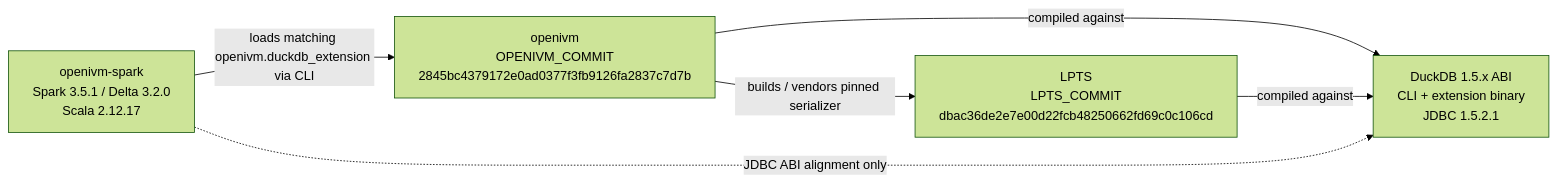
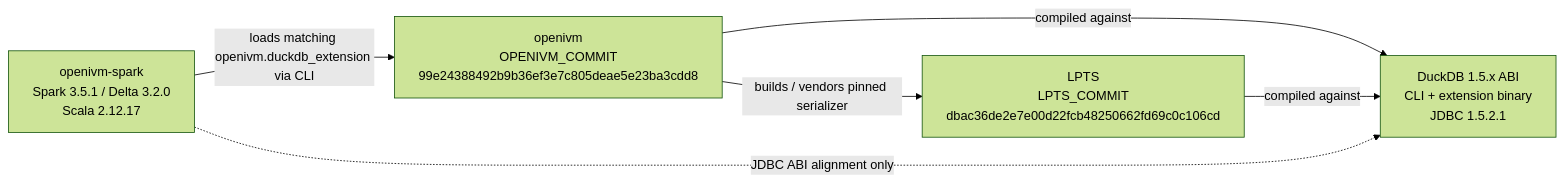
The fourth of 4 diagrams in docs/architecture/lpts/8-integration-with-openivm-and-spark.md (mdrakiburrahman/openivm-spark), drawn with Mermaid (forest theme) before and after one commit. The commit also changed other lines of this file and 2 other files, not shown here.

````diff
--- a/docs/architecture/lpts/8-integration-with-openivm-and-spark.md
+++ b/docs/architecture/lpts/8-integration-with-openivm-and-spark.md
@@ -525,13 +525,13 @@
 ```mermaid
 flowchart LR
   OSS["openivm-spark\nSpark 3.5.1 / Delta 3.2.0\nScala 2.12.17"]
-  OIVM["openivm\nOPENIVM_COMMIT\n2845bc4379172e0ad0377f3fb9126fa2837c7d7b"]
+  OIVM["openivm\nOPENIVM_COMMIT\n99e24388492b9b36ef3e7c805deae5e23ba3cdd8"]
   LPTS["LPTS\nLPTS_COMMIT\ndbac36de2e7e00d22fcb48250662fd69c0c106cd"]
   Duck["DuckDB 1.5.x ABI\nCLI + extension binary\nJDBC 1.5.2.1"]
 
   OSS -->|"loads matching openivm.duckdb_extension via CLI"| OIVM
   OIVM -->|"builds / vendors pinned serializer"| LPTS
   OIVM -->|"compiled against"| Duck
   LPTS -->|"compiled against"| Duck
   OSS -.->|"JDBC ABI alignment only"| Duck
 ```
````
